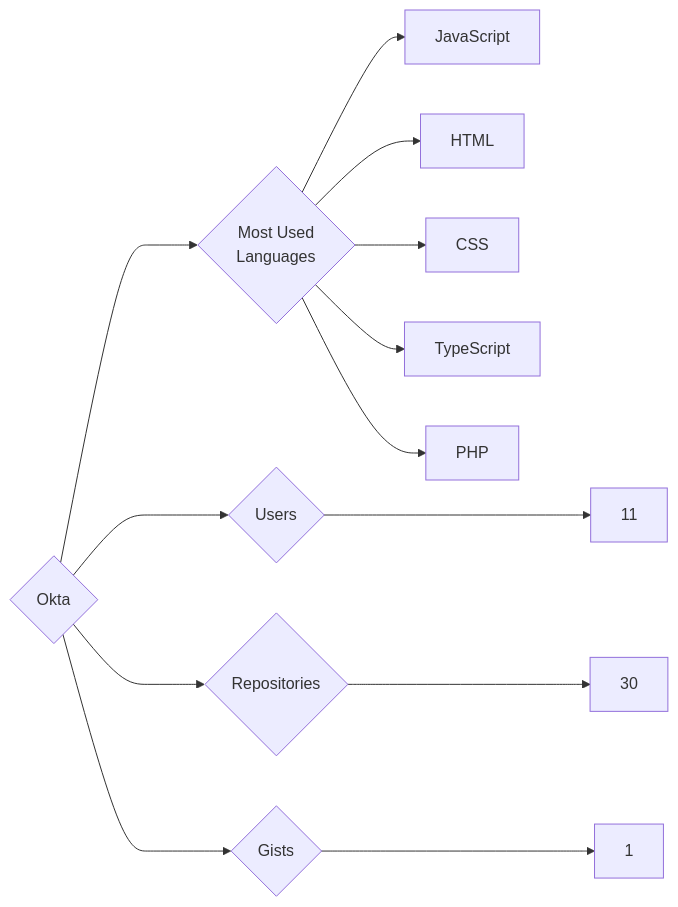
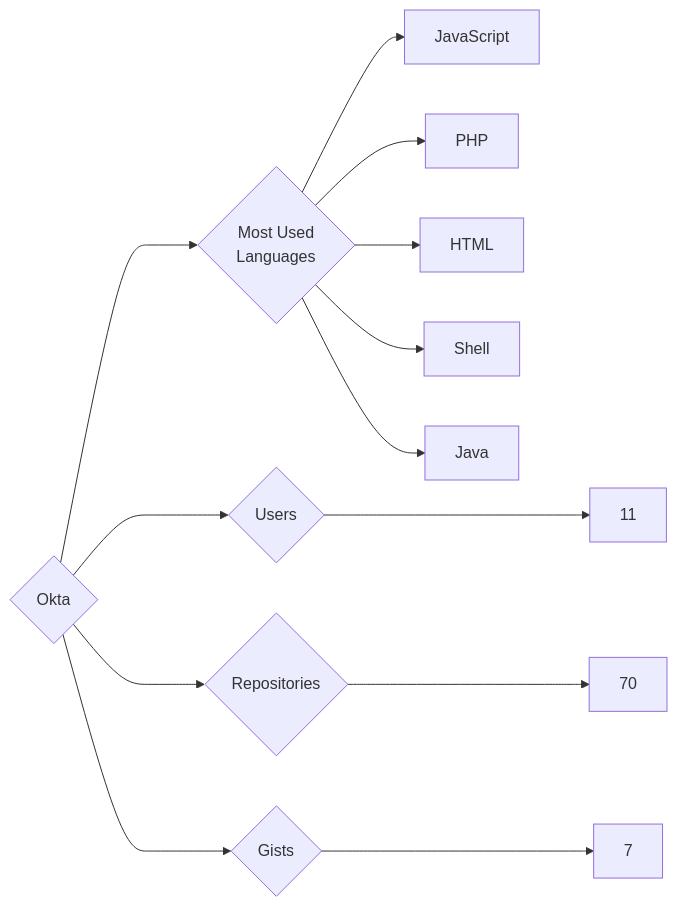
Before and after one commit to trickest/insiders: the diagram in targets/Okta/README.md, drawn with Mermaid. The commit also changed 1479 other files, not shown here.

````diff
--- a/targets/Okta/README.md
+++ b/targets/Okta/README.md
@@ -3,13 +3,13 @@
 ```mermaid
 graph LR
 COMPANY_NAME{Okta}
 COMPANY_NAME ---> U{Users} ---> UN[11]
-COMPANY_NAME ---> R{Repositories} ---> RN[30]
-COMPANY_NAME ---> G{Gists} ---> GN[1]
+COMPANY_NAME ---> R{Repositories} ---> RN[70]
+COMPANY_NAME ---> G{Gists} ---> GN[7]
 COMPANY_NAME ---> ML{Most Used<br>Languages}
 ML --> JavaScript[JavaScript]
+ML --> PHP[PHP]
 ML --> HTML[HTML]
-ML --> CSS[CSS]
-ML --> TypeScript[TypeScript]
-ML --> PHP[PHP]
+ML --> Shell[Shell]
+ML --> Java[Java]
 ```
````
